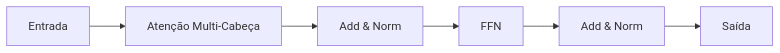
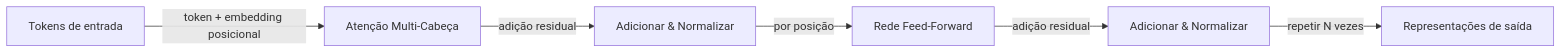
One commit to EmersonBraun/ai-summary-hub changed the diagram in i18n/pt-BR/docusaurus-plugin-content-docs/current/transformers/index.md. Above: the diagram before and after it, drawn with Mermaid. The commit also changed other lines of this file and 242 other files, not shown here.

````diff
--- a/i18n/pt-BR/docusaurus-plugin-content-docs/current/transformers/index.md
+++ b/i18n/pt-BR/docusaurus-plugin-content-docs/current/transformers/index.md
@@ -23,8 +21,8 @@
 ```mermaid
 flowchart LR
-  A[Entrada] --> B[Atenção Multi-Cabeça]
-  B --> C[Add & Norm]
-  C --> D[FFN]
-  D --> E[Add & Norm]
-  E --> F[Saída]
+  A[Tokens de entrada] -->|token + embedding posicional| B[Atenção Multi-Cabeça]
+  B -->|adição residual| C[Adicionar & Normalizar]
+  C -->|por posição| D[Rede Feed-Forward]
+  D -->|adição residual| E[Adicionar & Normalizar]
+  E -->|repetir N vezes| F[Representações de saída]
 ```
````
